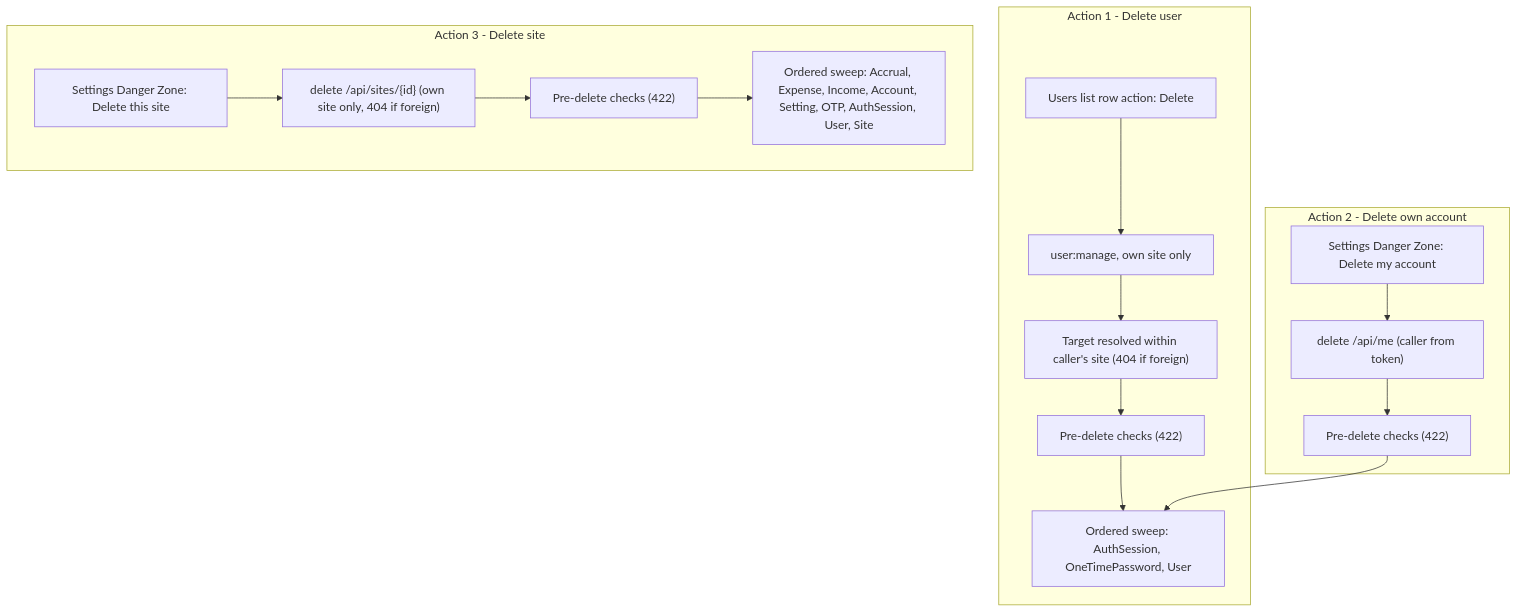
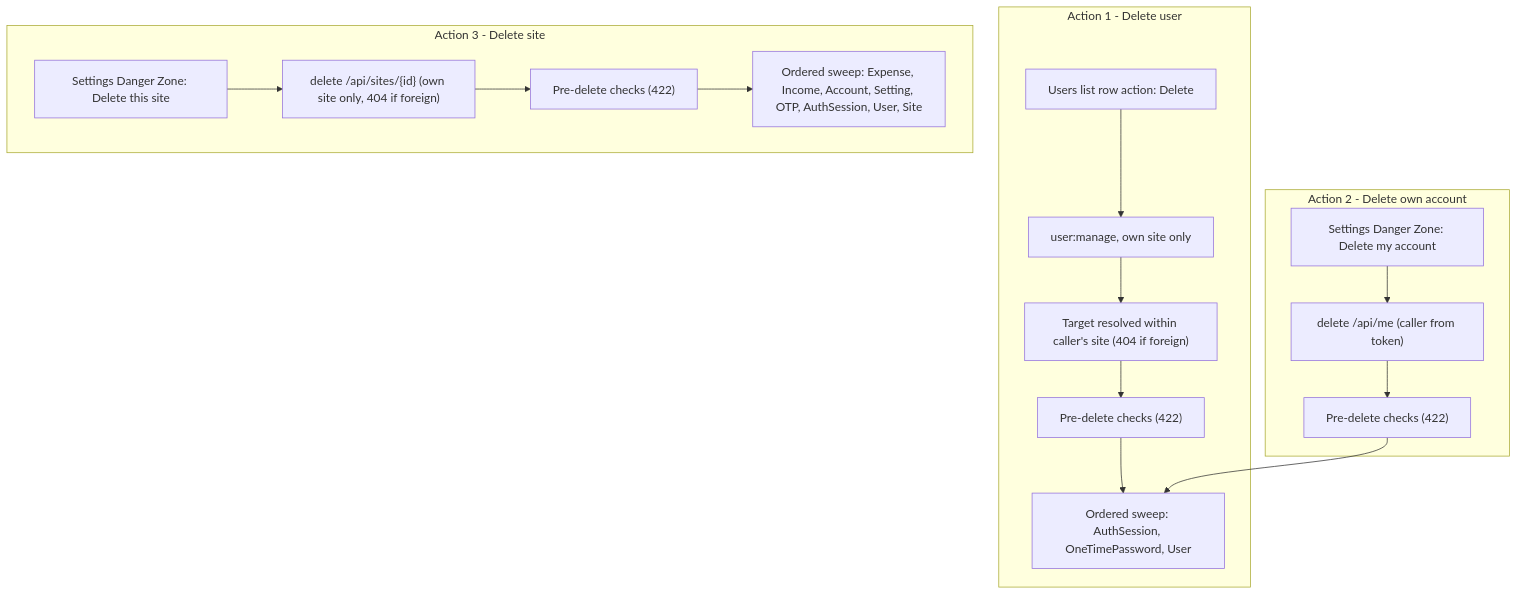
One commit to mjfreelancing/POT changed the diagram in Docs/Future/PRD-022-user-and-site-deletion.md. Above: the diagram before and after it, drawn with Mermaid. The commit also changed other lines of this file and 3 other files, not shown here.

Commit message:
Updates to PRDs related to cros--tenant hardening and user/site deletions

````diff
--- a/Docs/Future/PRD-022-user-and-site-deletion.md
+++ b/Docs/Future/PRD-022-user-and-site-deletion.md
@@ -128,19 +133,19 @@
 ```mermaid
 flowchart TD
     subgraph A1["Action 1 - Delete user"]
         U1["Users list row action: Delete"] --> U2["user:manage, own site only"]
         U2 --> U3["Target resolved within caller's site (404 if foreign)"]
         U3 --> U5["Pre-delete checks (422)"]
         U5 --> U6["Ordered sweep: AuthSession, OneTimePassword, User"]
     end
     subgraph A2["Action 2 - Delete own account"]
         M1["Settings Danger Zone: Delete my account"] --> M2["delete /api/me (caller from token)"]
         M2 --> M3["Pre-delete checks (422)"]
         M3 --> U6
     end
     subgraph A3["Action 3 - Delete site"]
         S1["Settings Danger Zone: Delete this site"] --> S2["delete /api/sites/{id} (own site only, 404 if foreign)"]
         S2 --> S3["Pre-delete checks (422)"]
-        S3 --> S4["Ordered sweep: Accrual, Expense, Income, Account, Setting, OTP, AuthSession, User, Site"]
+        S3 --> S4["Ordered sweep: Expense, Income, Account, Setting, OTP, AuthSession, User, Site"]
     end
 ```
````
